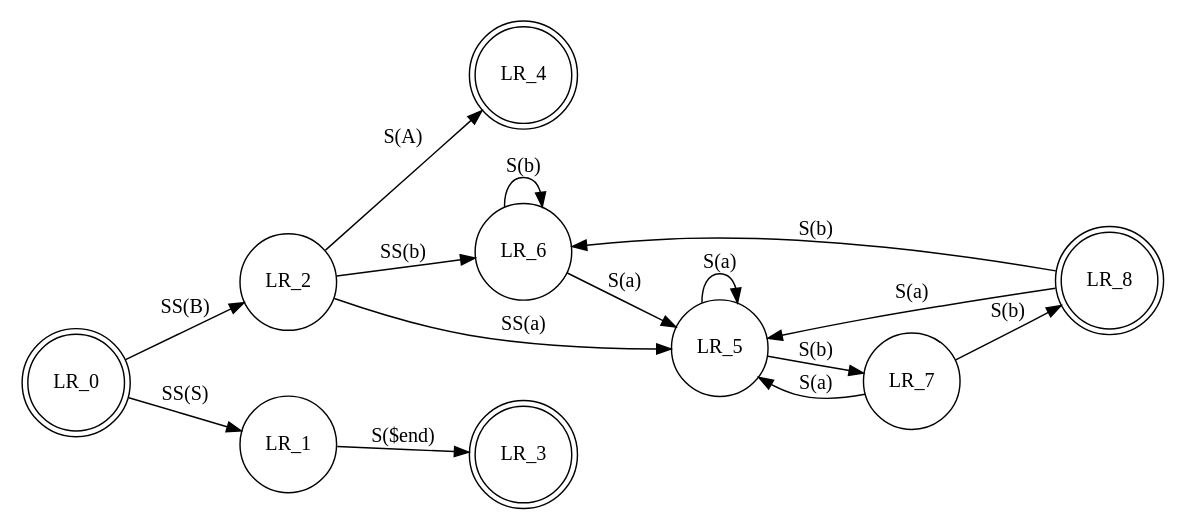
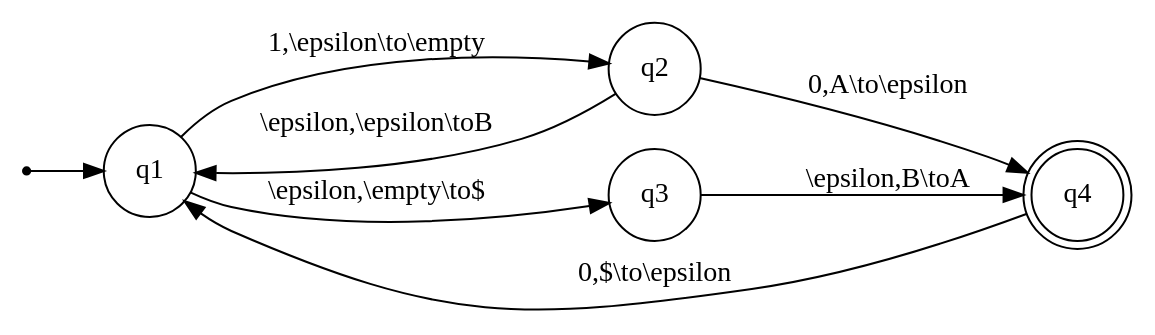
The diagram in README.md (HakkinDavid/automaton-automator), drawn with Graphviz before and after one commit. The commit also changed other lines of this file and 6 other files, not shown here.

````diff
--- a/README.md
+++ b/README.md
@@ -26,22 +26,19 @@
   ```dot
-  digraph finite_state_machine {
-      rankdir=LR;
-      size="8,5"
-      node [shape = doublecircle]; LR_0 LR_3 LR_4 LR_8;
-      node [shape = circle];
-      LR_0 -> LR_2 [ label = "SS(B)" ];
-      LR_0 -> LR_1 [ label = "SS(S)" ];
-      LR_1 -> LR_3 [ label = "S($end)" ];
-      LR_2 -> LR_6 [ label = "SS(b)" ];
-      LR_2 -> LR_5 [ label = "SS(a)" ];
-      LR_2 -> LR_4 [ label = "S(A)" ];
-      LR_5 -> LR_7 [ label = "S(b)" ];
-      LR_5 -> LR_5 [ label = "S(a)" ];
-      LR_6 -> LR_6 [ label = "S(b)" ];
-      LR_6 -> LR_5 [ label = "S(a)" ];
-      LR_7 -> LR_8 [ label = "S(b)" ];
-      LR_7 -> LR_5 [ label = "S(a)" ];
-      LR_8 -> LR_6 [ label = "S(b)" ];
-      LR_8 -> LR_5 [ label = "S(a)" ];
-  }
+  digraph pda {
+    rankdir=LR;
+    size="8,5"
+    
+    node [shape = point]; qi
+    node [shape = circle]; q1 q2 q3
+    node [shape = doublecircle]; q4
+
+    qi -> q1
+
+    q1 -> q2 [label="1,\\epsilon\\to\\empty"]
+    q2 -> q1 [label="\\epsilon,\\epsilon\\toB"]
+    q1 -> q3 [label="\\epsilon,\\empty\\to$"]
+    q2 -> q4 [label="0,A\\to\\epsilon"]
+    q3 -> q4 [label="\\epsilon,B\\toA"]
+    q4 -> q1 [label="0,$\\to\\epsilon"]
+}
   ```
````
